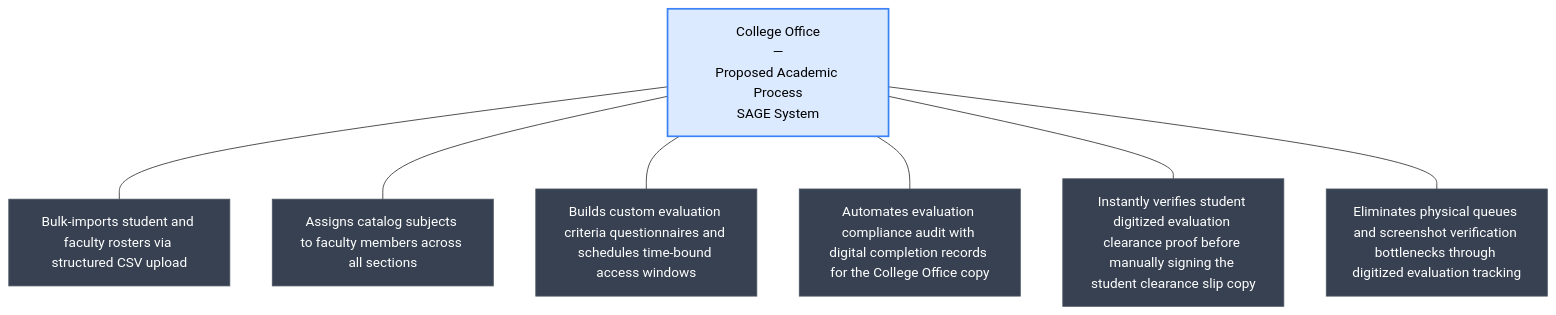
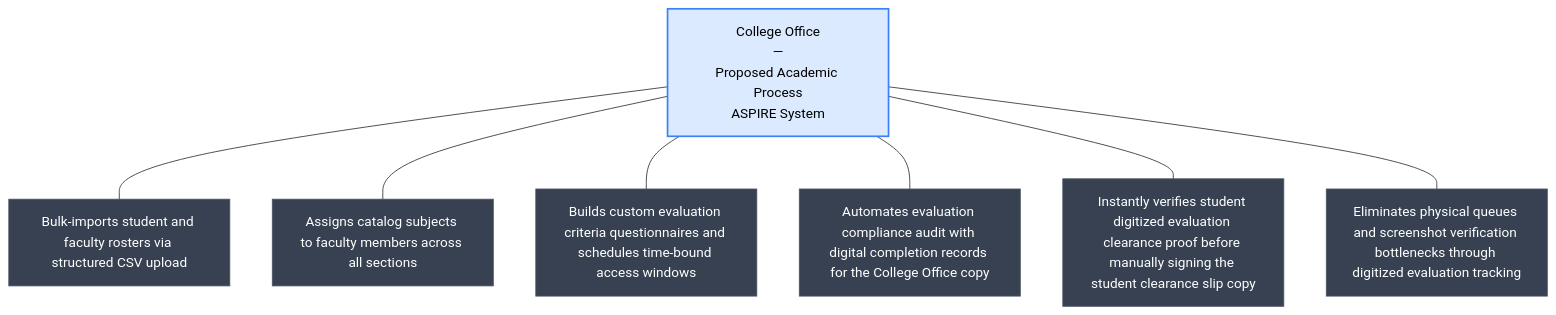
The seventh of 18 diagrams in docs/references/Chapter12_Text_Updated.md (kurarensu16/sage), drawn with Mermaid before and after one commit. The commit also changed other lines of this file and 96 other files, not shown here.

Commit message:
feat: complete ASPIRE system updates

````diff
--- a/docs/references/Chapter12_Text_Updated.md
+++ b/docs/references/Chapter12_Text_Updated.md
@@ -651,21 +651,21 @@
 ```mermaid
 graph TD
     classDef center fill:#dbeafe,stroke:#3b82f6,stroke-width:2px,color:#000;
     classDef spoke  fill:#374151,stroke:#4b5563,stroke-width:1px,color:#fff;
 
-    CENTER["College Office<br>—<br>Proposed Academic Process<br>SAGE System"]:::center
+    CENTER["College Office<br>—<br>Proposed Academic Process<br>ASPIRE System"]:::center
 
     S1["Bulk-imports student and faculty rosters via structured CSV upload"]:::spoke
     S2["Assigns catalog subjects to faculty members across all sections"]:::spoke
     S3["Builds custom evaluation criteria questionnaires and schedules time-bound access windows"]:::spoke
     S4["Automates evaluation compliance audit with digital completion records for the College Office copy"]:::spoke
     S5["Instantly verifies student digitized evaluation clearance proof before manually signing the student clearance slip copy"]:::spoke
     S6["Eliminates physical queues and screenshot verification bottlenecks through digitized evaluation tracking"]:::spoke
 
     CENTER --- S1
     CENTER --- S2
     CENTER --- S3
     CENTER --- S4
     CENTER --- S5
     CENTER --- S6
 ```
````
